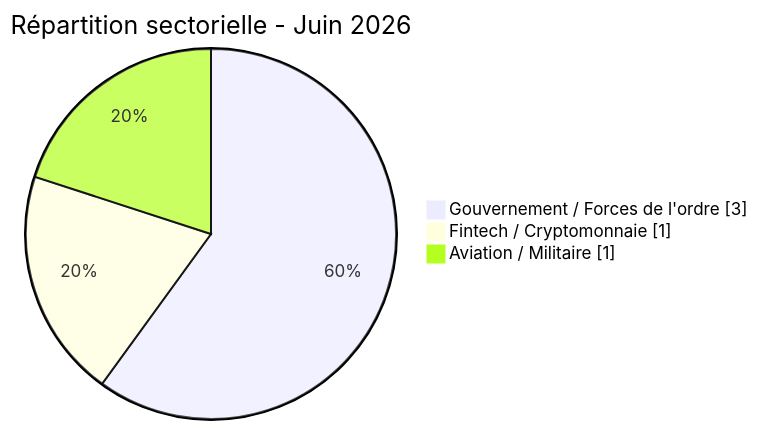
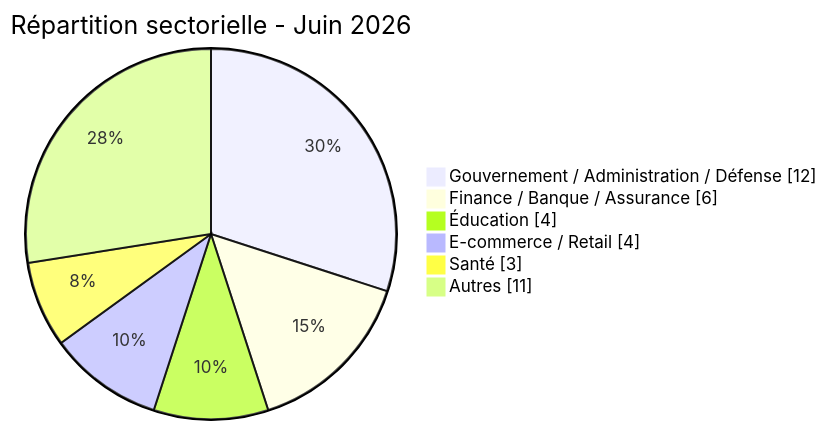
One commit to Hatchepsoute/AFRINTEL changed the third of 4 diagrams in CyberAttackAfrica/2026/06-june/README_FR.md. Above: the diagram before and after it, drawn with Mermaid. The commit also changed other lines of this file and 18 other files, not shown here.

````diff
--- a/CyberAttackAfrica/2026/06-june/README_FR.md
+++ b/CyberAttackAfrica/2026/06-june/README_FR.md
@@ -144,7 +182,10 @@
 ```mermaid
 pie showData
-    title Répartition sectorielle - Juin 2026
-    "Gouvernement / Forces de l'ordre" : 3
-    "Fintech / Cryptomonnaie" : 1
-    "Aviation / Militaire" : 1
+ title Répartition sectorielle - Juin 2026
+ "Gouvernement / Administration / Défense" : 12
+ "Finance / Banque / Assurance" : 6
+ "Éducation" : 4
+ "E-commerce / Retail" : 4
+ "Santé" : 3
+ "Autres" : 11
 ```
````
